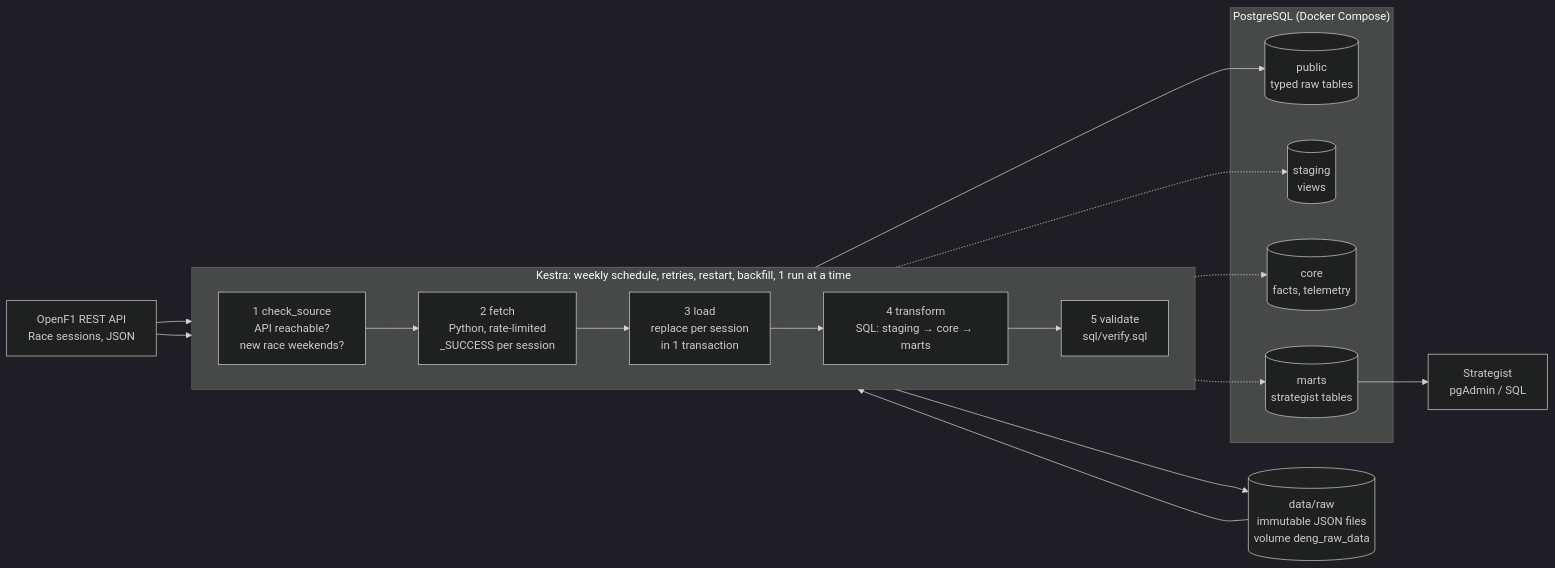
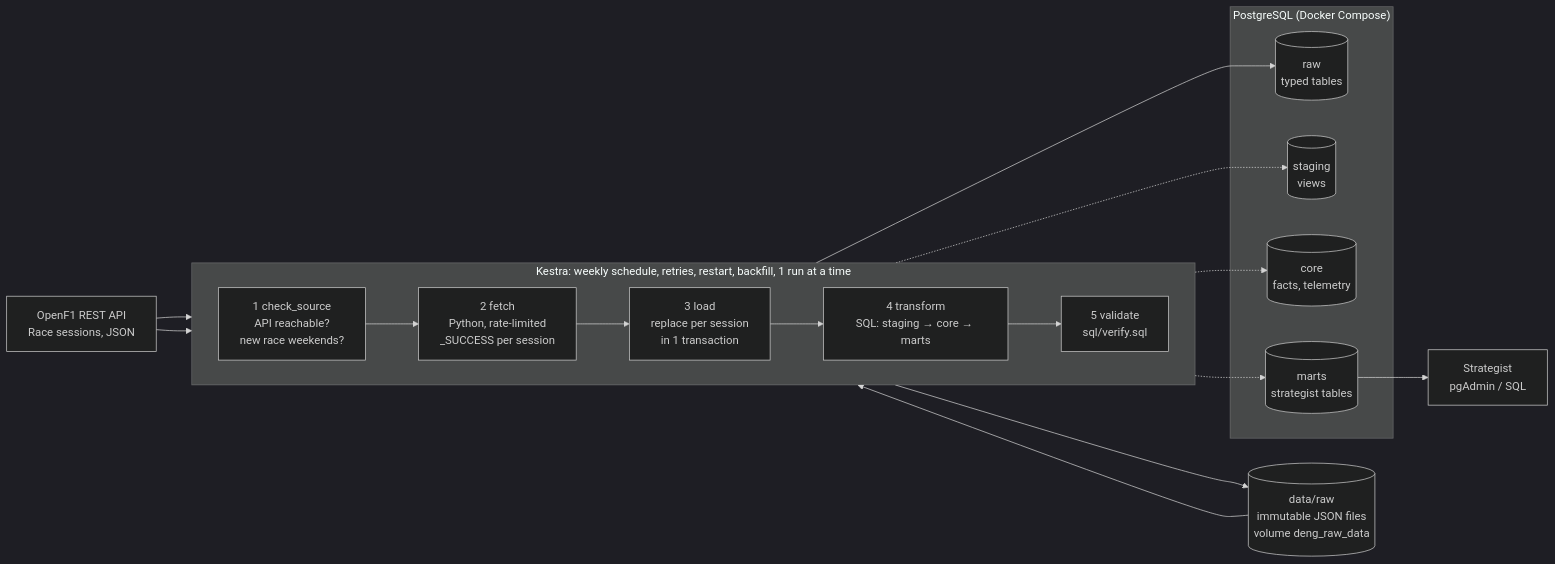
One commit to FloHoliday/DENG changed the diagram in README.md. Above: the diagram before and after it, drawn with Mermaid (dark theme). The commit also changed other lines of this file and 6 other files, not shown here.

Commit message:
refactor: move raw tables to schema raw, default search_path to marts

````diff
--- a/README.md
+++ b/README.md
@@ -457,29 +461,29 @@
 ```mermaid
 flowchart LR
     source["OpenF1 REST API<br/>Race sessions, JSON"]
 
     subgraph kestra["Kestra: weekly schedule, retries, restart, backfill, 1 run at a time"]
         direction LR
         check["1 check_source<br/>API reachable?<br/>new race weekends?"]
         fetch["2 fetch<br/>Python, rate-limited<br/>_SUCCESS per session"]
         load["3 load<br/>replace per session<br/>in 1 transaction"]
         transform["4 transform<br/>SQL: staging → core → marts"]
         validate["5 validate<br/>sql/verify.sql"]
         check --> fetch --> load --> transform --> validate
     end
 
     raw[("data/raw<br/>immutable JSON files<br/>volume deng_raw_data")]
     subgraph pg["PostgreSQL (Docker Compose)"]
-        public[("public<br/>typed raw tables")]
+        rawdb[("raw<br/>typed tables")]
         staging[("staging<br/>views")]
         core[("core<br/>facts, telemetry")]
         marts[("marts<br/>strategist tables")]
     end
     user["Strategist<br/>pgAdmin / SQL"]
 
     source --> check
     source --> fetch
-    fetch --> raw --> load --> public
+    fetch --> raw --> load --> rawdb
     transform -.-> staging & core & marts
     marts --> user
 ```
````
